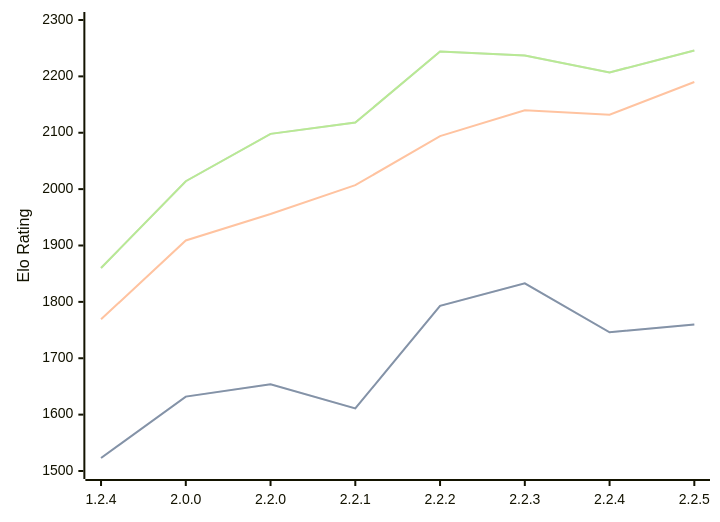
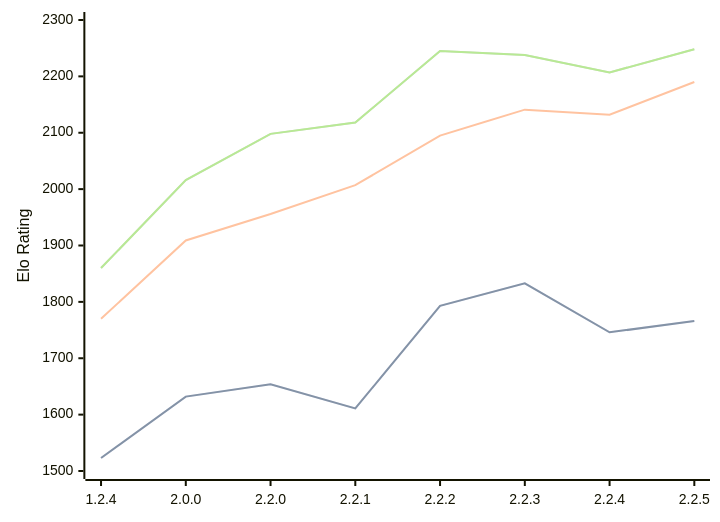
One commit to computer-chess-index/cci changed the diagram in engines/Kreveta.md. Above: the diagram before and after it, drawn with Mermaid. The commit also changed other lines of this file, not shown here.

Commit message:
Update CCI Ratings (ELO VLTC) - 2026-04-09

````diff
--- a/engines/Kreveta.md
+++ b/engines/Kreveta.md
@@ -41,11 +41,11 @@
 ```mermaid
 %%{init: {"theme":"base","themeVariables":{"seriesColors:['#a3a3a3','#222221','#faa371']}}}%%
 xychart-beta
   x-axis ["1.2.4", "2.0.0", "2.2.0", "2.2.1", "2.2.2", "2.2.3", "2.2.4", "2.2.5"]
   y-axis "Elo Rating" 1500 --> 2300
-  line "STC (8.0+0.08s)" [1523, 1632, 1654, 1611, 1793, 1833, 1746, 1760]
-  line "STC (8.0+0.08s)" [1523, 1632, 1654, 1611, 1793, 1833, 1746, 1760]
-  line "LTC (60.0+0.60s)" [1769, 1909, 1956, 2007, 2094, 2140, 2132, 2190]
-  line "VLTC (2m24s+1.12s)" [1860, 2014, 2098, 2118, 2244, 2237, 2207, 2246]
-  line "VLTC (2m24s+1.12s)" [1860, 2014, 2098, 2118, 2244, 2237, 2207, 2246]
+  line "STC (8.0+0.08s)" [1523, 1632, 1654, 1611, 1793, 1833, 1746, 1766]
+  line "STC (8.0+0.08s)" [1523, 1632, 1654, 1611, 1793, 1833, 1746, 1766]
+  line "LTC (60.0+0.60s)" [1770, 1909, 1956, 2007, 2095, 2141, 2132, 2190]
+  line "VLTC (2m24s+1.12s)" [1860, 2016, 2098, 2118, 2245, 2238, 2207, 2248]
+  line "VLTC (2m24s+1.12s)" [1860, 2016, 2098, 2118, 2245, 2238, 2207, 2248]
 ```
````
